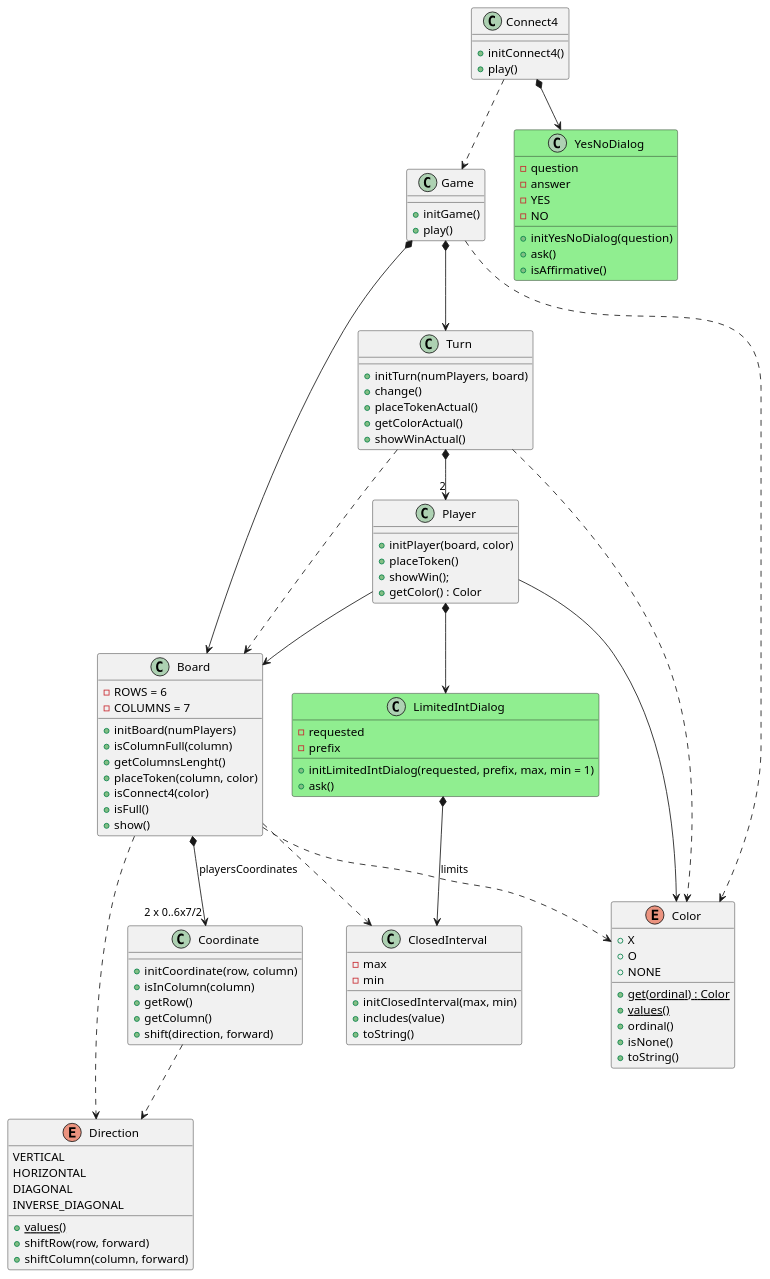
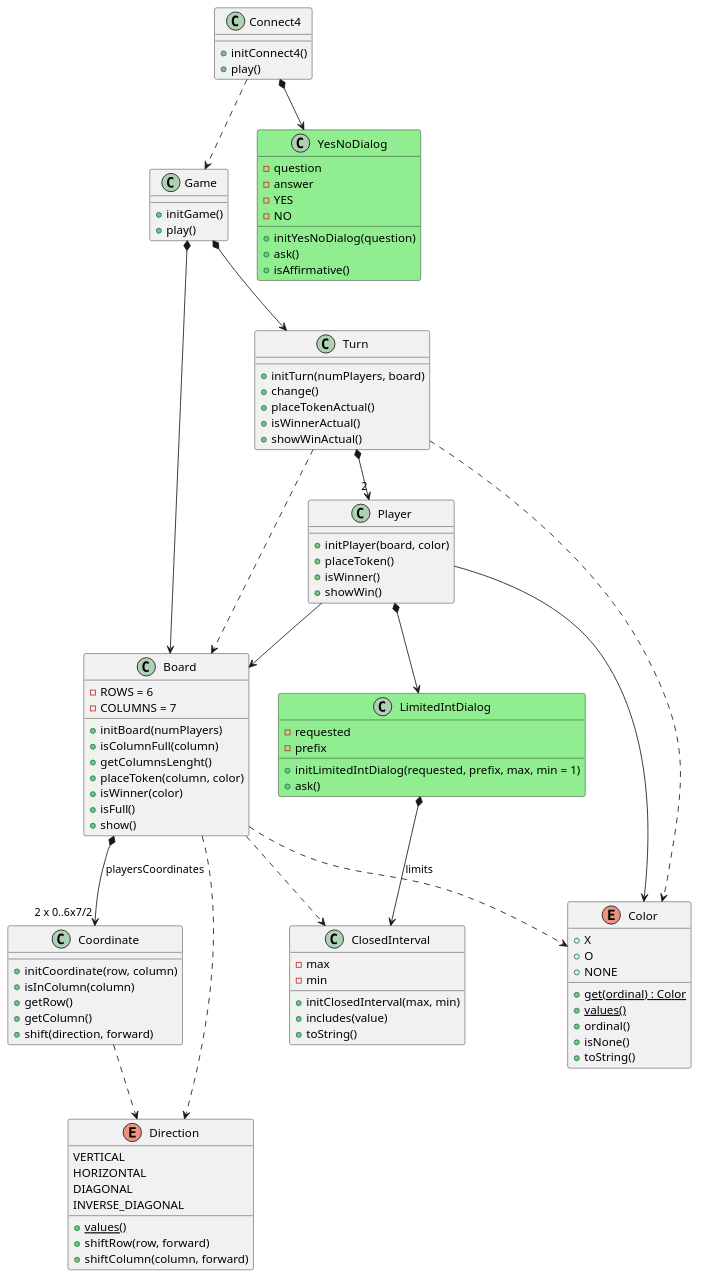
The diagram in docs/dev-resume/src/analysis.plantuml (PabloMartinFluvia/myGame-connect4), drawn with PlantUML before and after one commit. The commit also changed 3 other files, not shown here.

```diff
--- a/docs/dev-resume/src/analysis.plantuml
+++ b/docs/dev-resume/src/analysis.plantuml
@@ -1,123 +1,122 @@
 @startuml analysis
 
 class Connect4 {
 
     + initConnect4()
     + play()
 }
 Connect4 ..> Game
 Connect4 *--> YesNoDialog
 
 class Game {     
 
     + initGame()
     + play()
 }
 Game *--> Turn
 Game *--> Board
-Game ..> Color
 
 class Turn {
 
     + initTurn(numPlayers, board)    
     + change()      
-    + placeTokenActual()    
-    + getColorActual()
+    + placeTokenActual()        
+    + isWinnerActual()
     + showWinActual()
 }
 Turn *--> "2" Player
 Turn ..> Board
 Turn ..> Color
 
 class Player {
 
     + initPlayer(board, color)
     + placeToken()
-    + showWin();
-    + getColor() : Color
+    + isWinner()
+    + showWin()
 }
 Player --> Board
 Player --> Color
 Player *--> LimitedIntDialog
 
 class Board {
     - ROWS = 6
     - COLUMNS = 7
     
     + initBoard(numPlayers)
     + isColumnFull(column)
     + getColumnsLenght()
     + placeToken(column, color)
-    + isConnect4(color)
+    + isWinner(color)
     + isFull()
     + show()
 }
 Board ..> ClosedInterval
 Board *--> "2 x 0..6x7/2" Coordinate : playersCoordinates
 Board ..> Direction
 Board ..> Color
 
 class Coordinate {
     + initCoordinate(row, column)
     + isInColumn(column)
     + getRow()
     + getColumn()
     + shift(direction, forward)
 }
 Coordinate ..> Direction
 
 enum Direction {
     VERTICAL
     HORIZONTAL
     DIAGONAL
     INVERSE_DIAGONAL
 
     + {static} values()
     + shiftRow(row, forward)
     + shiftColumn(column, forward)
 }
 
 enum Color {
     + X
     + O   
     + NONE 
 
     + {static} get(ordinal) : Color  
     + {static} values()  
     + ordinal()
     + isNone()
     + toString()
 }
 
 class YesNoDialog #LightGreen {  
     - question
     - answer   
     - YES
     - NO
 
     + initYesNoDialog(question)
     + ask()
     + isAffirmative()
 }
 
 class LimitedIntDialog #LightGreen {
     - requested
     - prefix
     
 
     + initLimitedIntDialog(requested, prefix, max, min = 1) 
     + ask()
 }
 LimitedIntDialog *--> ClosedInterval : limits
 
 class ClosedInterval {
     - max
     - min
 
     + initClosedInterval(max, min)
     + includes(value)
     + toString()
 }
 
 
 @enduml
```
